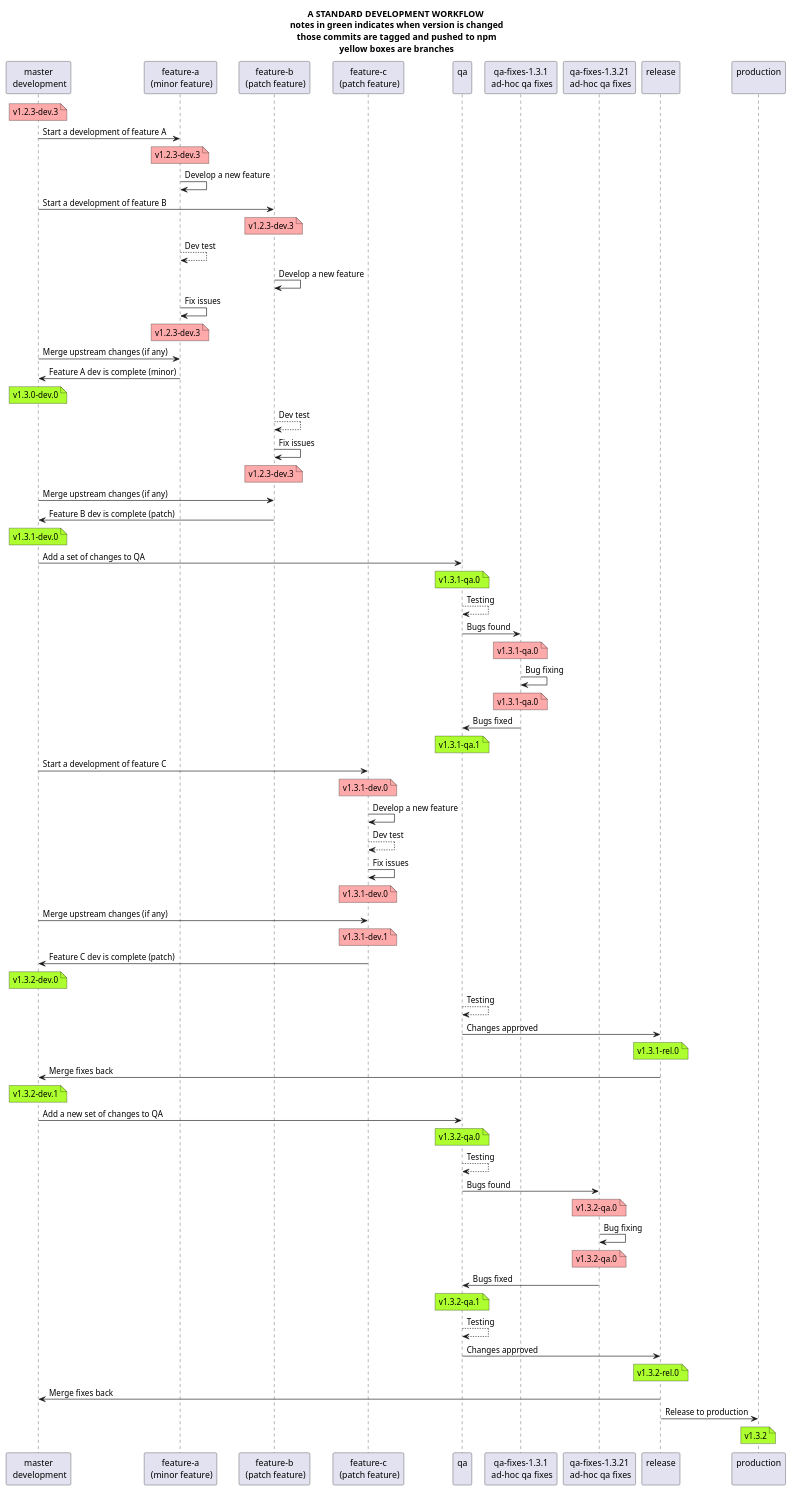
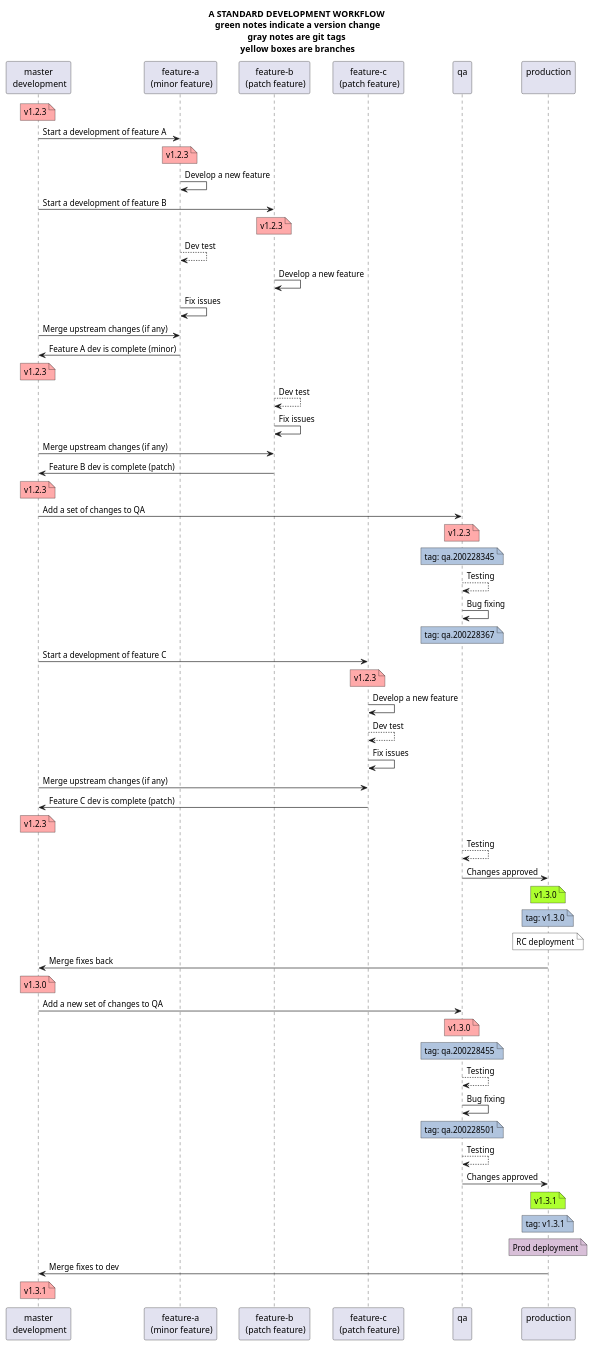
Before and after one commit to alpheios-project/documentation: the diagram in development/git-workflow/git-std-worklow-proposal.puml, drawn with PlantUML. The commit also changed 2 other files, not shown here.

Commit message:
Described a simplified, build number based workflow

```diff
--- a/development/git-workflow/git-std-worklow-proposal.puml
+++ b/development/git-workflow/git-std-worklow-proposal.puml
@@ -1,77 +1,67 @@
 @startuml
-title A STANDARD DEVELOPMENT WORKFLOW\n notes in green indicates when version is changed\n those commits are tagged and pushed to npm\n yellow boxes are branches
+title A STANDARD DEVELOPMENT WORKFLOW\n green notes indicate a version change\n gray notes are git tags \n yellow boxes are branches
 participant "master\n development" as mst
 participant "feature-a\n (minor feature)" as f1
 participant "feature-b\n (patch feature)" as f2
 participant "feature-c\n (patch feature)" as f3
 participant "qa\n" as qa
-participant "qa-fixes-1.3.1\n ad-hoc qa fixes" as qafix
-participant "qa-fixes-1.3.21\n ad-hoc qa fixes" as qafix2
-participant "release\n" as rel
 participant "production\n" as prod
 
-note over mst #FFAAAA: v1.2.3-dev.3
+note over mst #FFAAAA: v1.2.3
 mst -> f1: Start a development of feature A
-note over f1 #FFAAAA: v1.2.3-dev.3
+note over f1 #FFAAAA: v1.2.3
 f1 -> f1: Develop a new feature
 mst -> f2: Start a development of feature B
-note over f2 #FFAAAA: v1.2.3-dev.3
+note over f2 #FFAAAA: v1.2.3
 f1 --> f1: Dev test
 f2 -> f2: Develop a new feature
 f1 -> f1: Fix issues
-note over f1 #FFAAAA: v1.2.3-dev.3
 mst -> f1: Merge upstream changes (if any)
 f1 -> mst: Feature A dev is complete (minor)
-note over mst #GreenYellow: v1.3.0-dev.0
+note over mst #FFAAAA: v1.2.3
 
 f2 --> f2: Dev test
 f2 -> f2: Fix issues
-note over f2 #FFAAAA: v1.2.3-dev.3
 mst -> f2: Merge upstream changes (if any)
 f2 -> mst: Feature B dev is complete (patch)
-note over mst #GreenYellow: v1.3.1-dev.0
+note over mst #FFAAAA: v1.2.3
 
 mst -> qa: Add a set of changes to QA
-note over qa #GreenYellow: v1.3.1-qa.0
+note over qa #FFAAAA: v1.2.3
+note over qa #LightSteelBlue: tag: qa.200228345
 qa --> qa: Testing
-qa -> qafix: Bugs found
-note over qafix #FFAAAA: v1.3.1-qa.0
-qafix -> qafix: Bug fixing
-note over qafix #FFAAAA: v1.3.1-qa.0
-qafix -> qa: Bugs fixed
-note over qa #GreenYellow: v1.3.1-qa.1
+qa -> qa: Bug fixing
+note over qa #LightSteelBlue: tag: qa.200228367
 
 mst -> f3: Start a development of feature C
-note over f3 #FFAAAA: v1.3.1-dev.0
+note over f3 #FFAAAA: v1.2.3
 f3 -> f3: Develop a new feature
 f3 --> f3: Dev test
 f3 -> f3: Fix issues
-note over f3 #FFAAAA: v1.3.1-dev.0
 mst -> f3: Merge upstream changes (if any)
-note over f3 #FFAAAA: v1.3.1-dev.1
 f3 -> mst: Feature C dev is complete (patch)
-note over mst #GreenYellow: v1.3.2-dev.0
+note over mst #FFAAAA: v1.2.3
 
 qa --> qa: Testing
-qa -> rel: Changes approved
-note over rel #GreenYellow: v1.3.1-rel.0
-rel -> mst: Merge fixes back
-note over mst #GreenYellow: v1.3.2-dev.1
+qa -> prod: Changes approved
+note over prod #GreenYellow: v1.3.0
+note over prod #LightSteelBlue: tag: v1.3.0
+note over prod #White: RC deployment
+prod -> mst: Merge fixes back
+note over mst #FFAAAA: v1.3.0
 
 mst -> qa: Add a new set of changes to QA
-note over qa #GreenYellow: v1.3.2-qa.0
+note over qa #FFAAAA: v1.3.0
+note over qa #LightSteelBlue: tag: qa.200228455
 qa --> qa: Testing
-qa -> qafix2: Bugs found
-note over qafix2 #FFAAAA: v1.3.2-qa.0
-qafix2 -> qafix2: Bug fixing
-note over qafix2 #FFAAAA: v1.3.2-qa.0
-qafix2 -> qa: Bugs fixed
-note over qa #GreenYellow: v1.3.2-qa.1
+qa -> qa: Bug fixing
+note over qa #LightSteelBlue: tag: qa.200228501
 qa --> qa: Testing
-qa -> rel: Changes approved
-note over rel #GreenYellow: v1.3.2-rel.0
-rel -> mst: Merge fixes back
+qa -> prod: Changes approved
+note over prod #GreenYellow: v1.3.1
+note over prod #LightSteelBlue: tag: v1.3.1
+note over prod #Thistle: Prod deployment
+prod -> mst: Merge fixes to dev
+note over mst #FFAAAA: v1.3.1
 
-rel -> prod: Release to production
-note over prod #GreenYellow: v1.3.2
 @enduml
```
